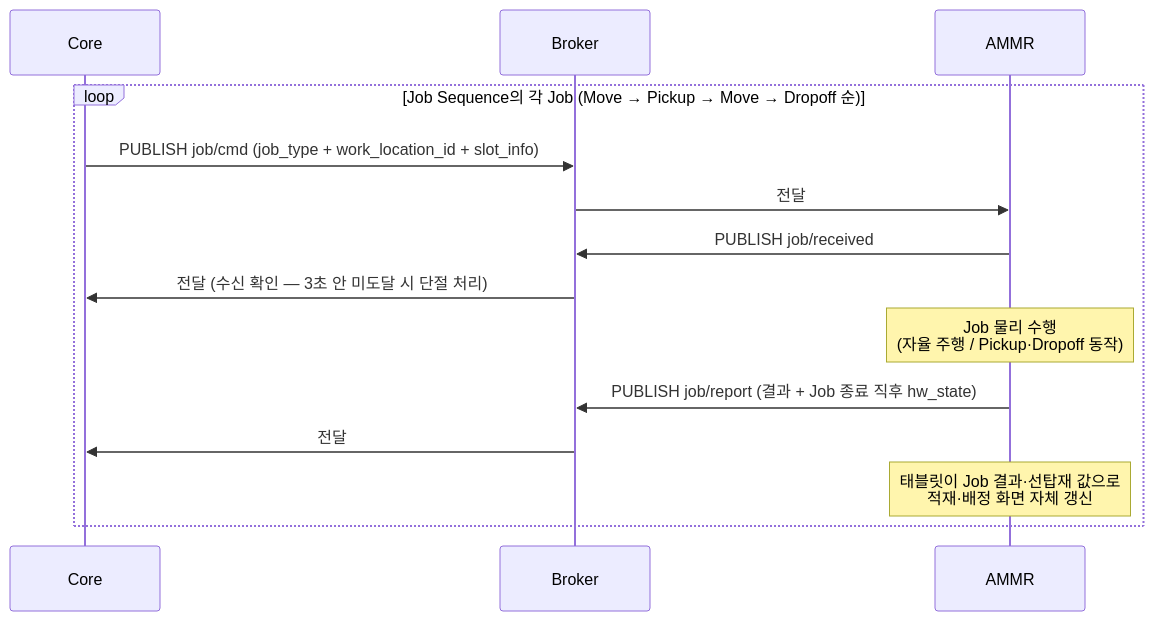
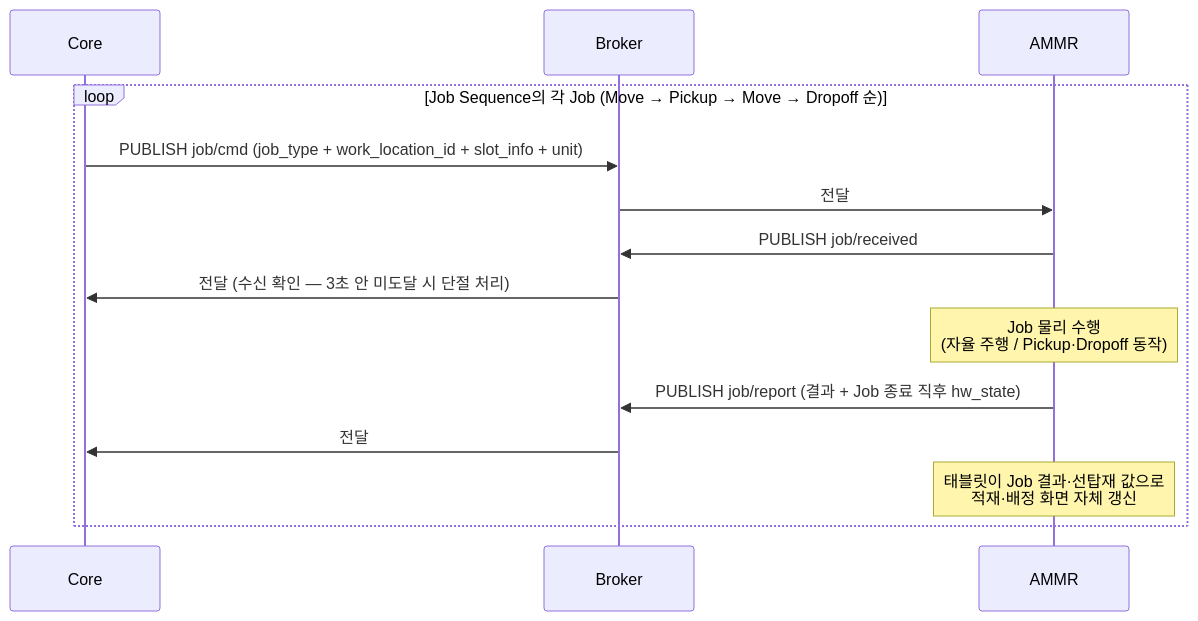
Before and after one commit to kimminsu0315/Core-Docs: the seventh of 13 diagrams in docs/out/Core_ICD_AMMR.md, drawn with Mermaid. The commit also changed other lines of this file and 7 other files, not shown here.

````diff
--- a/docs/out/Core_ICD_AMMR.md
+++ b/docs/out/Core_ICD_AMMR.md
@@ -1157,17 +1211,17 @@
 ```mermaid
 sequenceDiagram
     participant C as Core
     participant B as Broker
     participant A as AMMR
 
     loop Job Sequence의 각 Job (Move → Pickup → Move → Dropoff 순)
-        C->>B: PUBLISH job/cmd (job_type + work_location_id + slot_info)
+        C->>B: PUBLISH job/cmd (job_type + work_location_id + slot_info + unit)
         B->>A: 전달
         A->>B: PUBLISH job/received
         B->>C: 전달 (수신 확인 — 3초 안 미도달 시 단절 처리)
         Note over A: Job 물리 수행<br/>(자율 주행 / Pickup·Dropoff 동작)
         A->>B: PUBLISH job/report (결과 + Job 종료 직후 hw_state)
         B->>C: 전달
         Note over A: 태블릿이 Job 결과·선탑재 값으로<br/>적재·배정 화면 자체 갱신
     end
 ```
````
